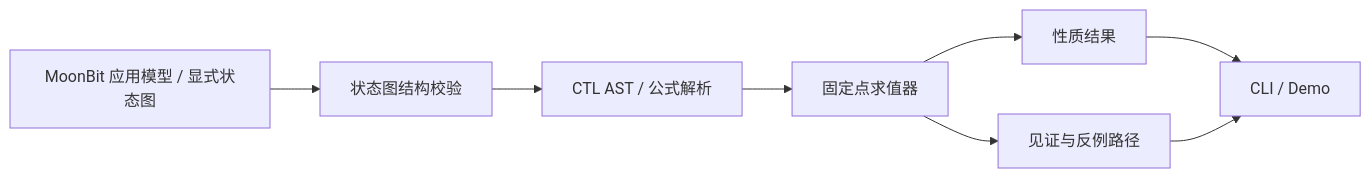
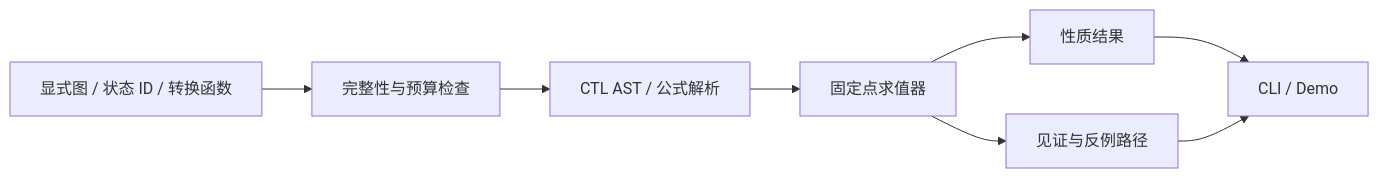
One commit to length-super/moonctl changed the diagram in project-proposal.md. Above: the diagram before and after it, drawn with Mermaid. The commit also changed other lines of this file and 9 other files, not shown here.

````diff
--- a/project-proposal.md
+++ b/project-proposal.md
@@ -51,10 +51,10 @@
 ```mermaid
 flowchart LR
-  A[MoonBit 应用模型 / 显式状态图] --> B[状态图结构校验]
+  A[显式图 / 状态 ID / 转换函数] --> B[完整性与预算检查]
   B --> C[CTL AST / 公式解析]
   C --> D[固定点求值器]
   D --> E[性质结果]
   D --> F[见证与反例路径]
   E --> G[CLI / Demo]
   F --> G
 ```
````
